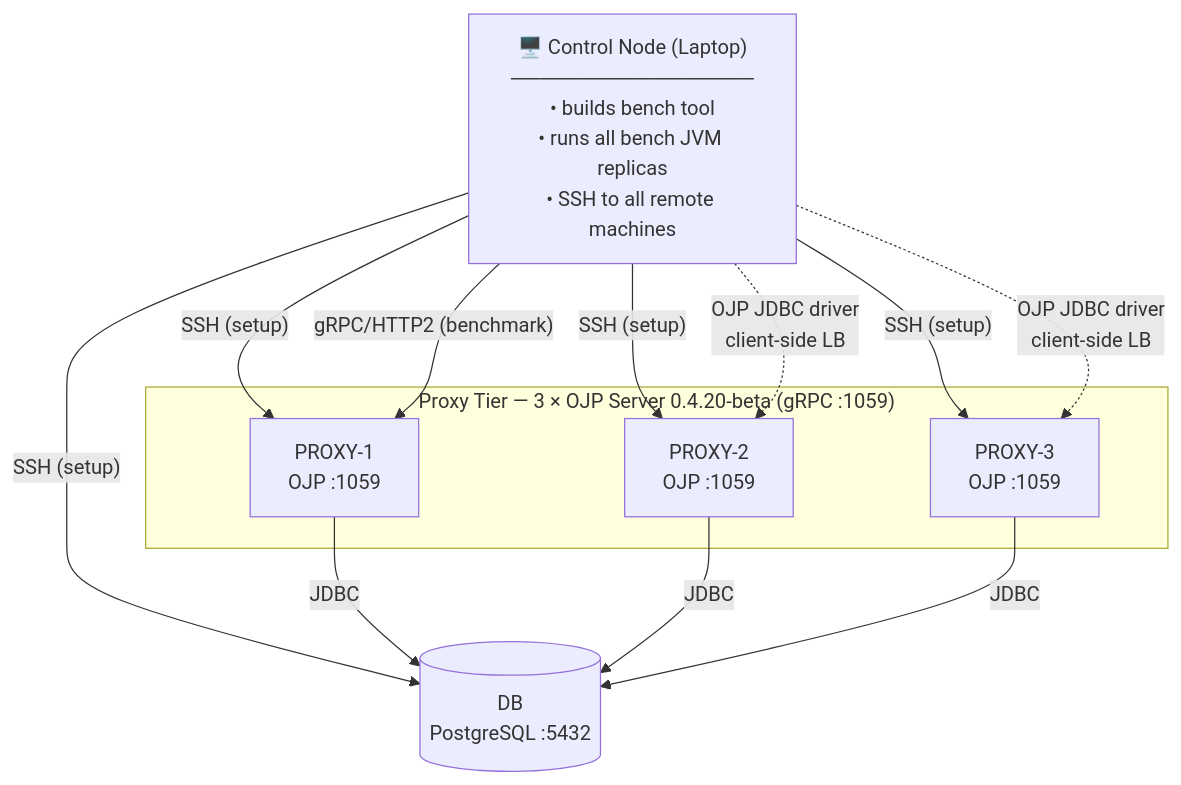
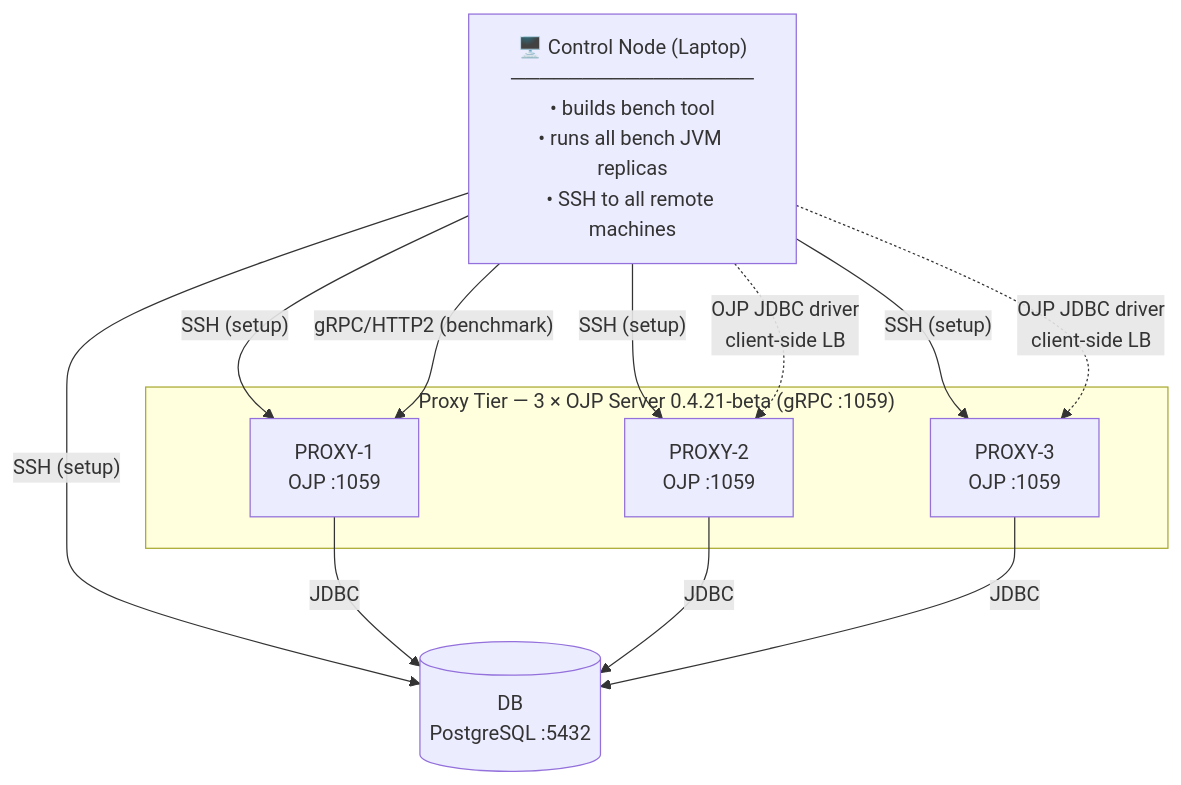
One commit to rrobetti/stressar changed the diagram in docs/DEPLOYMENT_GUIDE.md. Above: the diagram before and after it, drawn with Mermaid. The commit also changed other lines of this file and 6 other files, not shown here.

Commit message:
upgrade ojp version to 0.4.21-beta.

````diff
--- a/docs/DEPLOYMENT_GUIDE.md
+++ b/docs/DEPLOYMENT_GUIDE.md
@@ -37,25 +37,25 @@
 ```mermaid
 graph TD
     CTRL["🖥️ Control Node (Laptop)\n─────────────────\n• builds bench tool\n• runs all bench JVM replicas\n• SSH to all remote machines"]
 
-    subgraph PROXY_TIER ["Proxy Tier — 3 × OJP Server 0.4.20-beta (gRPC :1059)"]
+    subgraph PROXY_TIER ["Proxy Tier — 3 × OJP Server 0.4.21-beta (gRPC :1059)"]
         P1["PROXY-1\nOJP :1059"]
         P2["PROXY-2\nOJP :1059"]
         P3["PROXY-3\nOJP :1059"]
     end
 
     DB[("DB\nPostgreSQL :5432")]
 
     CTRL -- "SSH (setup)" --> P1
     CTRL -- "SSH (setup)" --> P2
     CTRL -- "SSH (setup)" --> P3
     CTRL -- "SSH (setup)" --> DB
 
     CTRL -- "gRPC/HTTP2 (benchmark)" --> P1
     CTRL -. "OJP JDBC driver\nclient-side LB" .-> P2
     CTRL -. "OJP JDBC driver\nclient-side LB" .-> P3
 
     P1 -- "JDBC" --> DB
     P2 -- "JDBC" --> DB
     P3 -- "JDBC" --> DB
 ```
````
